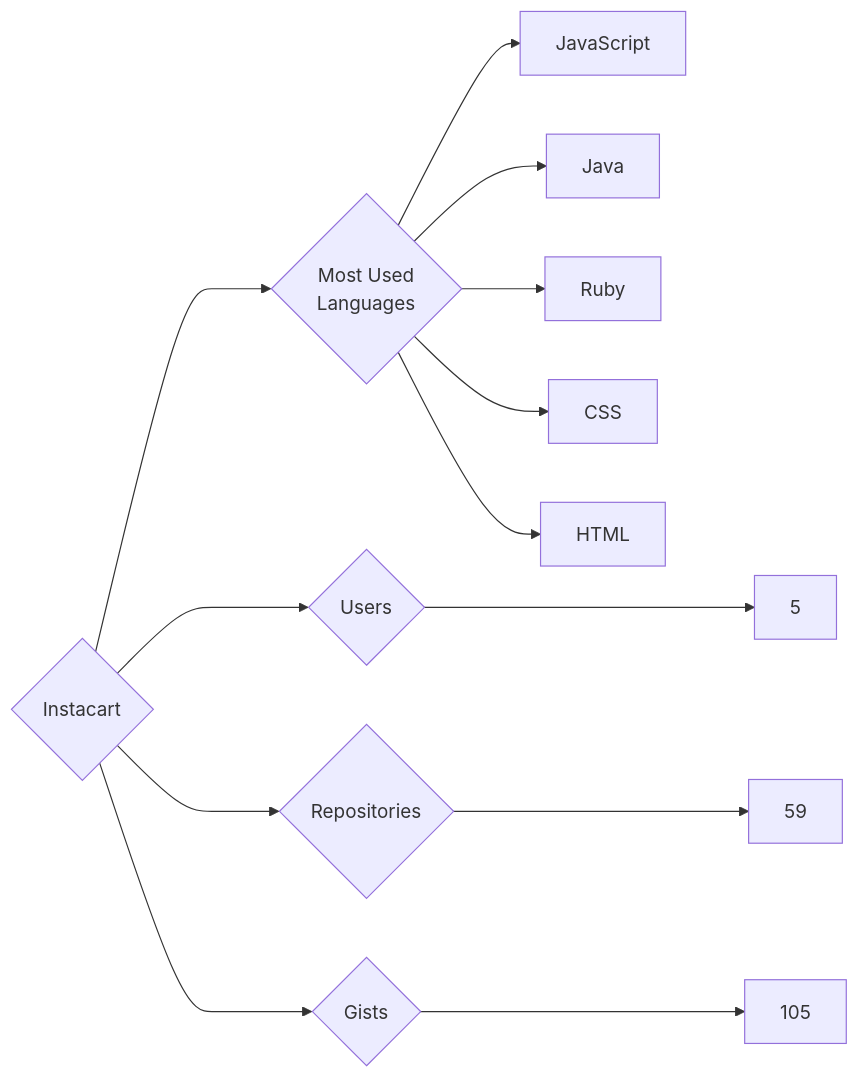
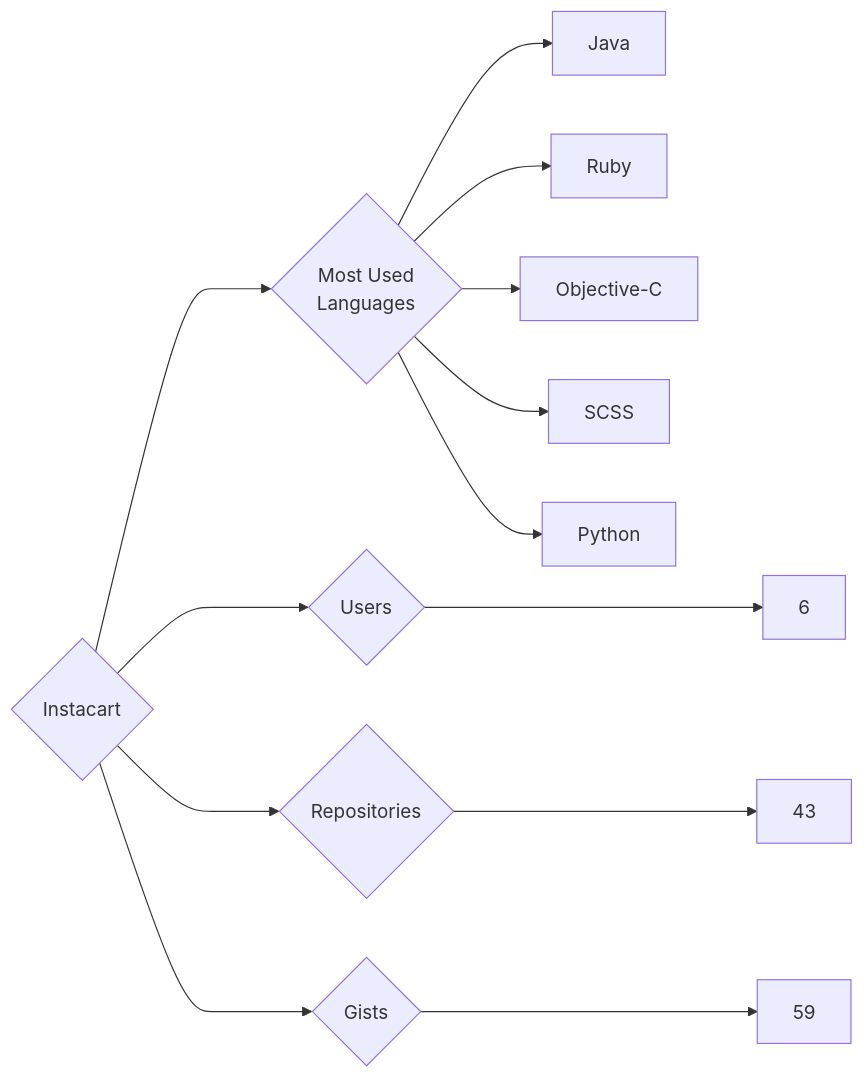
One commit to trickest/insiders changed the diagram in targets/Instacart/README.md. Above: the diagram before and after it, drawn with Mermaid. The commit also changed 1078 other files, not shown here.

````diff
--- a/targets/Instacart/README.md
+++ b/targets/Instacart/README.md
@@ -3,13 +3,13 @@
 ```mermaid
 graph LR
 COMPANY_NAME{Instacart}
-COMPANY_NAME ---> U{Users} ---> UN[5]
-COMPANY_NAME ---> R{Repositories} ---> RN[59]
-COMPANY_NAME ---> G{Gists} ---> GN[105]
+COMPANY_NAME ---> U{Users} ---> UN[6]
+COMPANY_NAME ---> R{Repositories} ---> RN[43]
+COMPANY_NAME ---> G{Gists} ---> GN[59]
 COMPANY_NAME ---> ML{Most Used<br>Languages}
-ML --> JavaScript[JavaScript]
 ML --> Java[Java]
 ML --> Ruby[Ruby]
-ML --> CSS[CSS]
-ML --> HTML[HTML]
+ML --> Objective-C[Objective-C]
+ML --> SCSS[SCSS]
+ML --> Python[Python]
 ```
````
